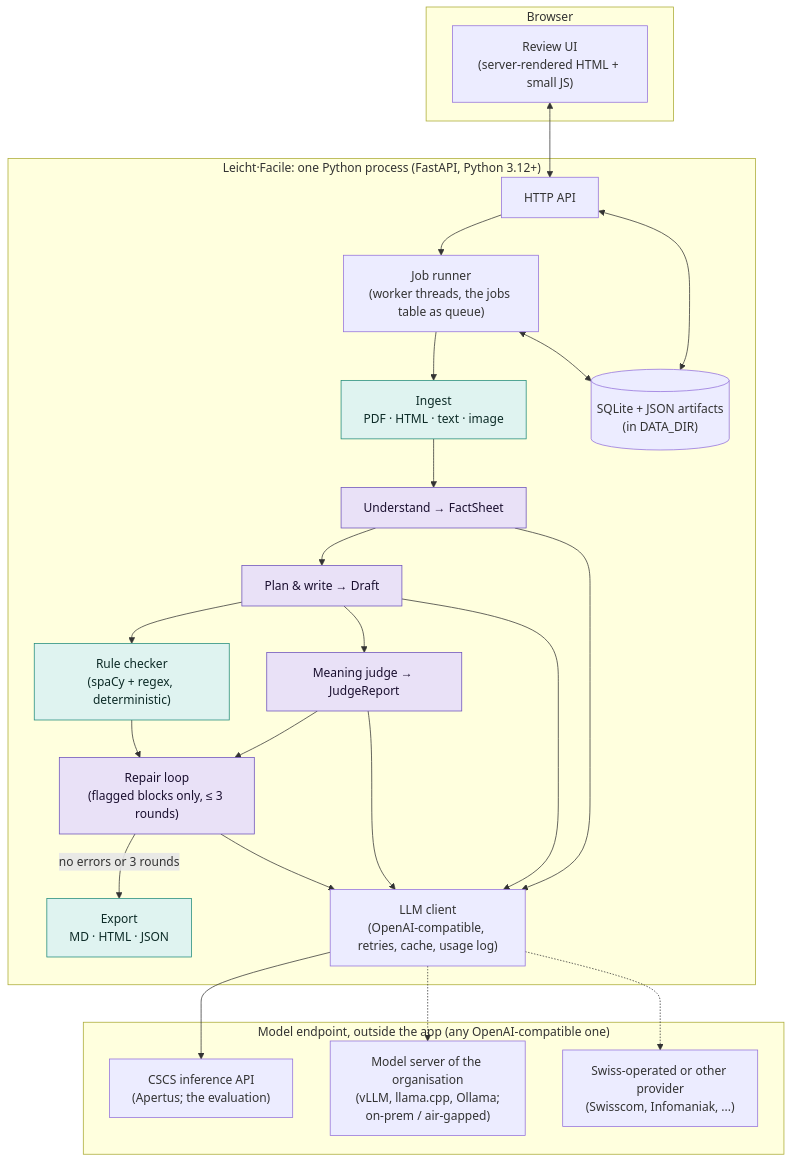
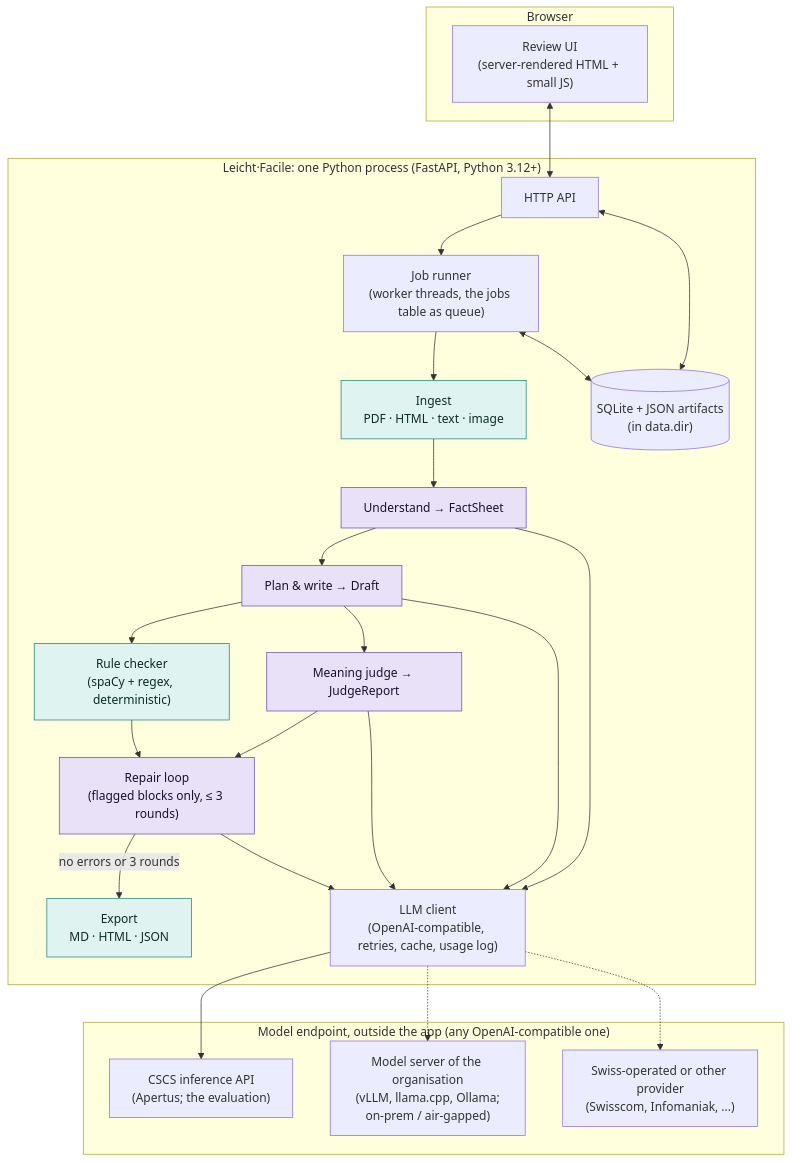
The diagram in docs/architecture.md (bobrovsky420/leicht-facile), drawn with Mermaid before and after one commit. The commit also changed other lines of this file and 76 other files, not shown here.

````diff
--- a/docs/architecture.md
+++ b/docs/architecture.md
@@ -88,43 +88,43 @@
 ```mermaid
 flowchart TB
     subgraph client["Browser"]
         UI["Review UI<br/>(server-rendered HTML + small JS)"]
     end
 
     subgraph app["Leicht·Facile: one Python process (FastAPI, Python 3.12+)"]
         API["HTTP API"]
         Q["Job runner<br/>(worker threads, the jobs table as queue)"]
         ING["Ingest<br/>PDF · HTML · text · image"]
         UND["Understand → FactSheet"]
         WRI["Plan & write → Draft"]
         RUL["Rule checker<br/>(spaCy + regex, deterministic)"]
         JUD["Meaning judge → JudgeReport"]
         REP["Repair loop<br/>(flagged blocks only, ≤ 3 rounds)"]
         EXP["Export<br/>MD · HTML · JSON"]
-        DB[("SQLite + JSON artifacts<br/>(in DATA_DIR)")]
+        DB[("SQLite + JSON artifacts<br/>(in data.dir)")]
         LLM["LLM client<br/>(OpenAI-compatible, retries, cache, usage log)"]
     end
 
     subgraph model["Model endpoint, outside the app (any OpenAI-compatible one)"]
         CSCS["CSCS inference API<br/>(Apertus; the evaluation)"]
         VLLM["Model server of the organisation<br/>(vLLM, llama.cpp, Ollama;<br/>on-prem / air-gapped)"]
         SC["Swiss-operated or other provider<br/>(Swisscom, Infomaniak, ...)"]
     end
 
     UI <--> API
     API --> Q
     Q --> ING --> UND --> WRI --> RUL --> REP
     WRI --> JUD --> REP
     REP -->|no errors or 3 rounds| EXP
     UND & WRI & JUD & REP --> LLM
     LLM --> CSCS
     LLM -.-> VLLM
     LLM -.-> SC
     Q <--> DB
     API <--> DB
 
     classDef ai fill:#e9e1f7,stroke:#6b4fbb,color:#1b1030
     classDef code fill:#dff3f0,stroke:#1f8a7a,color:#0d2b27
     class UND,WRI,JUD,REP ai
     class ING,RUL,EXP code
 ```
````
